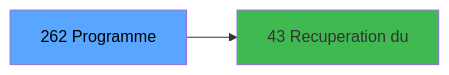
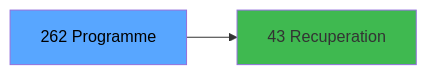
One commit to thonyAGP/magic-migration changed the third of 3 diagrams in .openspec/specs/ADH-IDE-262.md. Above: the diagram before and after it, drawn with Mermaid. The commit also changed other lines of this file and 323 other files, not shown here.

````diff
--- a/.openspec/specs/ADH-IDE-262.md
+++ b/.openspec/specs/ADH-IDE-262.md
@@ -114,8 +132,8 @@
 ```mermaid
 graph LR
     T[262 Programme]
-    C43[43 Recuperation du]
+    C43[43 Recuperation]
     T --> C43
     style T fill:#58a6ff,color:#000
     style C43 fill:#3fb950
 ```
````
